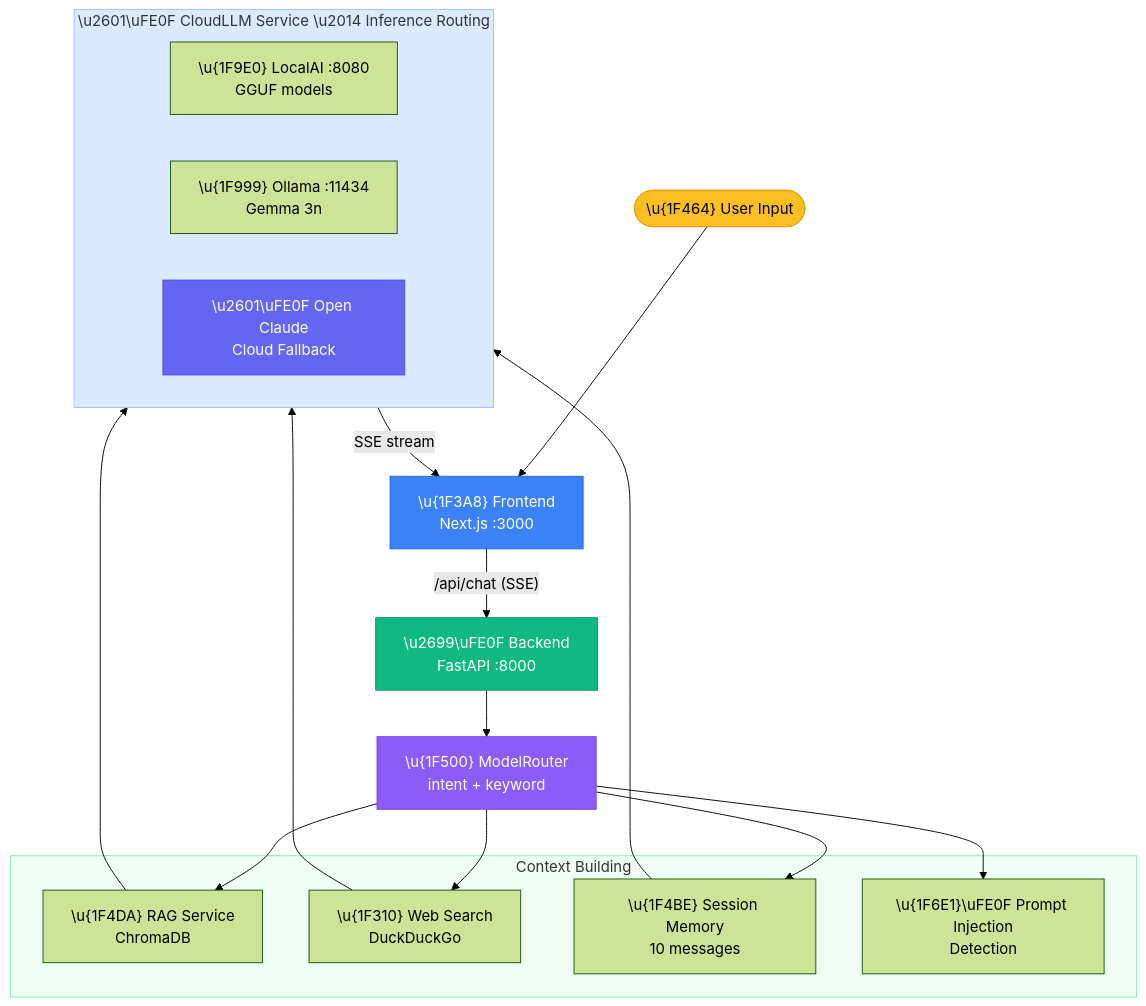
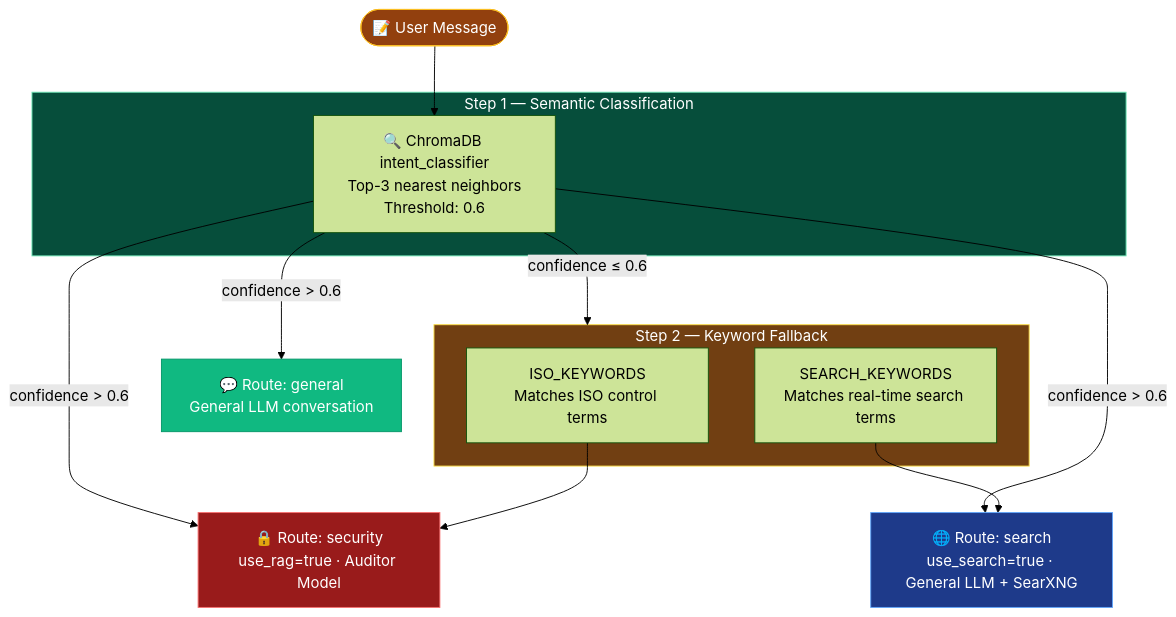
Before and after one commit to NghiaDinh03/CyberAI-Assessment-project: the third of 4 diagrams in docs/en/architecture.md, drawn with Mermaid (forest theme). The commit also changed other lines of this file and 94 other files, not shown here.

Commit message:
feat(pipeline): standardize unified assessment schema, runtime audit telemetry, masked evidence manifests, and artifact consistency validation

````diff
--- a/docs/en/architecture.md
+++ b/docs/en/architecture.md
@@ -262,41 +128,33 @@
 ```mermaid
 flowchart TD
-    User(["\u{1F464} User Input"])
-    User --> FE
+    Input(["📝 User Message"])
+    Input --> Semantic
 
-    FE["\u{1F3A8} Frontend\nNext.js :3000"]
-    FE -- "/api/chat (SSE)" --> BE
-
-    BE["\u2699\uFE0F Backend\nFastAPI :8000"]
-    BE --> Router["\u{1F500} ModelRouter\nintent + keyword"]
-
-    subgraph CONTEXT["Context Building"]
-        RAG["\u{1F4DA} RAG Service\nChromaDB"]
-        WS["\u{1F310} Web Search\nDuckDuckGo"]
-        MEM["\u{1F4BE} Session Memory\n10 messages"]
-        SEC["\u{1F6E1}\uFE0F Prompt Injection\nDetection"]
+    subgraph STEP1["Step 1 — Semantic Classification"]
+        Semantic["🔍 ChromaDB intent_classifier\nTop-3 nearest neighbors\nThreshold: 0.6"]
     end
 
-    Router --> RAG
-    Router --> WS
-    Router --> MEM
-    Router --> SEC
+    Semantic -- "confidence > 0.6" --> Security
+    Semantic -- "confidence > 0.6" --> Search
+    Semantic -- "confidence > 0.6" --> General
+    Semantic -- "confidence ≤ 0.6" --> STEP2
 
-    RAG & WS & MEM --> LLM
-
-    subgraph LLM["\u2601\uFE0F CloudLLM Service \u2014 Inference Routing"]
-        LAI["\u{1F9E0} LocalAI :8080\nGGUF models"]
-        OLL["\u{1F999} Ollama :11434\nGemma 3n"]
-        CLD["\u2601\uFE0F Open Claude\nCloud Fallback"]
+    subgraph STEP2["Step 2 — Keyword Fallback"]
+        KW_ISO["ISO_KEYWORDS\nMatches ISO control terms"]
+        KW_SEARCH["SEARCH_KEYWORDS\nMatches real-time search terms"]
     end
 
-    LLM -- "SSE stream" --> FE
+    KW_ISO --> Security
+    KW_SEARCH --> Search
 
-    style User fill:#fbbf24,stroke:#f59e0b,color:#000
-    style FE fill:#3b82f6,stroke:#2563eb,color:#fff
-    style BE fill:#10b981,stroke:#059669,color:#fff
-    style Router fill:#8b5cf6,stroke:#7c3aed,color:#fff
-    style CONTEXT fill:#f0fdf4,stroke:#86efac
-    style LLM fill:#dbeafe,stroke:#93c5fd
-    style CLD fill:#6366f1,stroke:#4f46e5,color:#fff
+    Security["🔒 Route: security\nuse_rag=true · Auditor Model"]
+    Search["🌐 Route: search\nuse_search=true · General LLM + SearXNG"]
+    General["💬 Route: general\nGeneral LLM conversation"]
+
+    style Input fill:#92400e,stroke:#fbbf24,color:#fff
+    style STEP1 fill:#064e3b,stroke:#6ee7b7,color:#fff
+    style STEP2 fill:#713f12,stroke:#fde047,color:#fff
+    style Security fill:#991b1b,stroke:#f87171,color:#fff
+    style Search fill:#1e3a8a,stroke:#60a5fa,color:#fff
+    style General fill:#10b981,stroke:#059669,color:#fff
 ```
````
